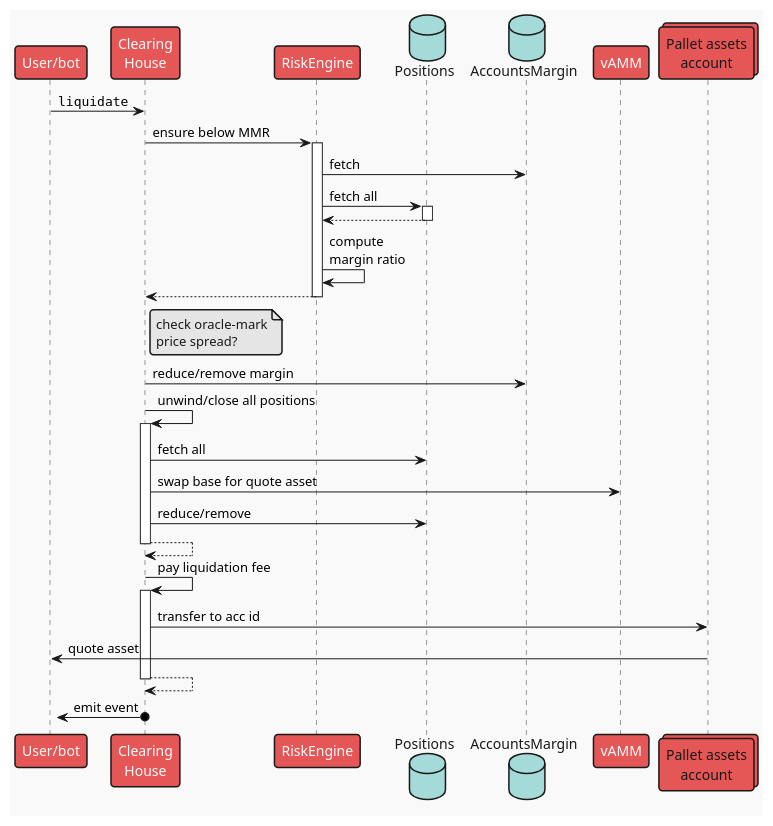
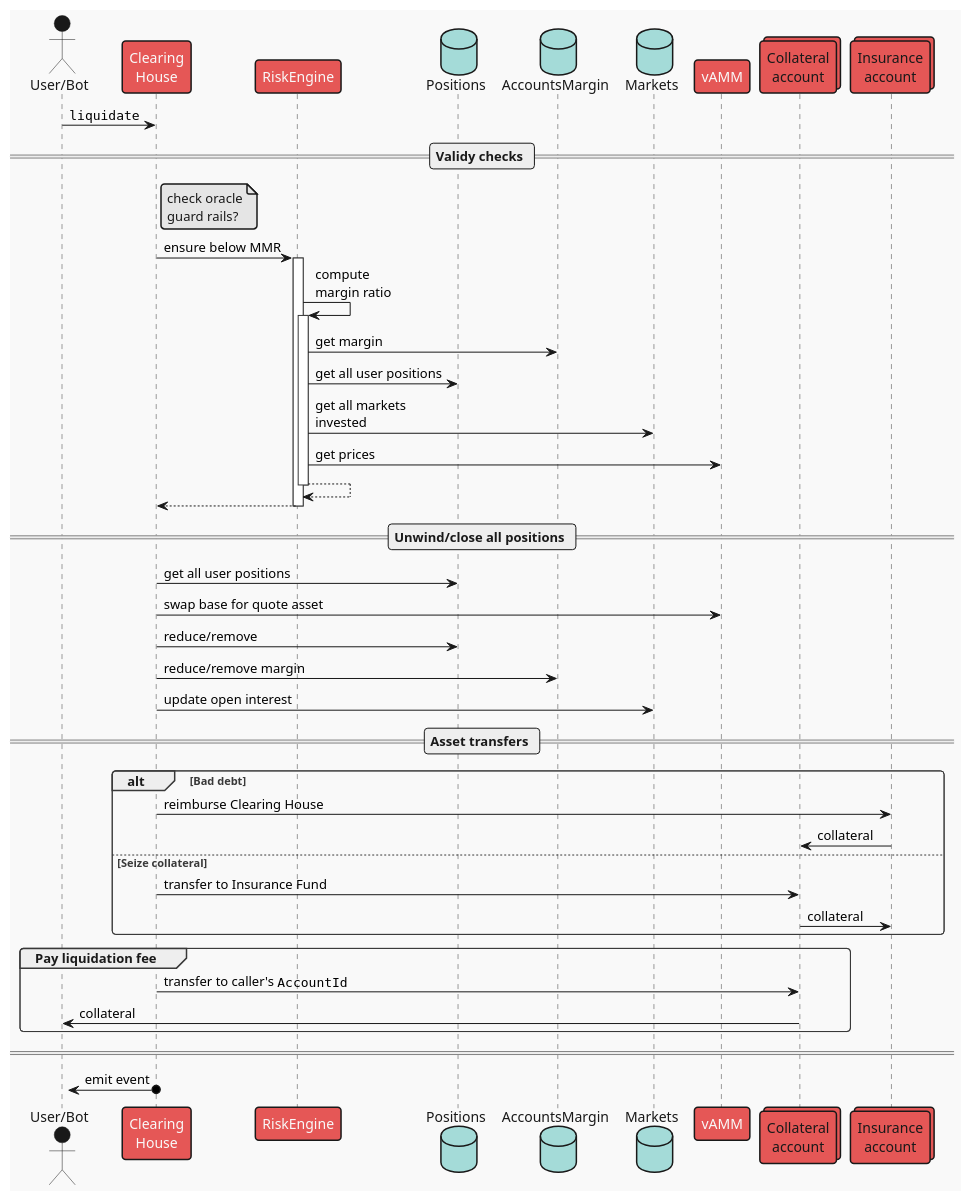
One commit to ComposableFi/composable changed the diagram in frame/clearing-house/diagrams/liquidate.plantuml. Above: the diagram before and after it, drawn with PlantUML. The commit also changed 5 other files, not shown here.

First line of the commit message:
docs(CH): overhaul sequence diagrams

```diff
--- a/frame/clearing-house/diagrams/liquidate.plantuml
+++ b/frame/clearing-house/diagrams/liquidate.plantuml
@@ -1,40 +1,59 @@
 @startuml liquidate
 !theme mars
 
-participant "User/bot" as user
+actor "User/Bot" as user
 participant "Clearing\nHouse" as ch
 participant "RiskEngine" as risk
 database "Positions" as positions
 database "AccountsMargin" as accs
+database "Markets" as mkts
 participant "vAMM" as vamm
-collections "Pallet assets\naccount" as vault
+collections "Collateral\naccount" as vault
+collections "Insurance\naccount" as insurance
 
 user -> ch: ""liquidate""
 
+== Validy checks ==
+
+note right ch
+check oracle
+guard rails?
+end note
+
 ch -> risk ++: ensure below MMR
-risk -> accs : fetch
-risk -> positions ++: fetch all
-return
-risk -> risk : compute\nmargin ratio
+    risk -> risk ++: compute\nmargin ratio
+        risk -> accs : get margin
+        risk -> positions : get all user positions
+        risk -> mkts : get all markets\ninvested
+        risk -> vamm : get prices
+    return
 return
 
-note right ch
-check oracle-mark
-price spread?
-end note
+== Unwind/close all positions ==
 
-ch -> accs : reduce/remove margin
+    ch -> positions : get all user positions
+    ch -> vamm : swap base for quote asset
+    ch -> positions : reduce/remove
+    ch -> accs : reduce/remove margin
+    ch -> mkts : update open interest
 
-ch -> ch ++ : unwind/close all positions
-ch -> positions : fetch all
-ch -> vamm : swap base for quote asset
-ch -> positions : reduce/remove
-return
+== Asset transfers ==
 
-ch -> ch ++: pay liquidation fee
-ch -> vault : transfer to acc id
-vault -> user : quote asset
-return
+alt Bad debt
+    ch -> insurance : reimburse Clearing House
+    insurance -> vault : collateral
+else Seize collateral
+    ch -> vault : transfer to Insurance Fund
+    vault -> insurance : collateral
+end
+
+group Pay liquidation fee
+    ch -> vault : transfer to caller's ""AccountId""
+    vault -> user : collateral
+end
+
+
+====
 
 ?<-o ch : emit event
 @enduml
```
